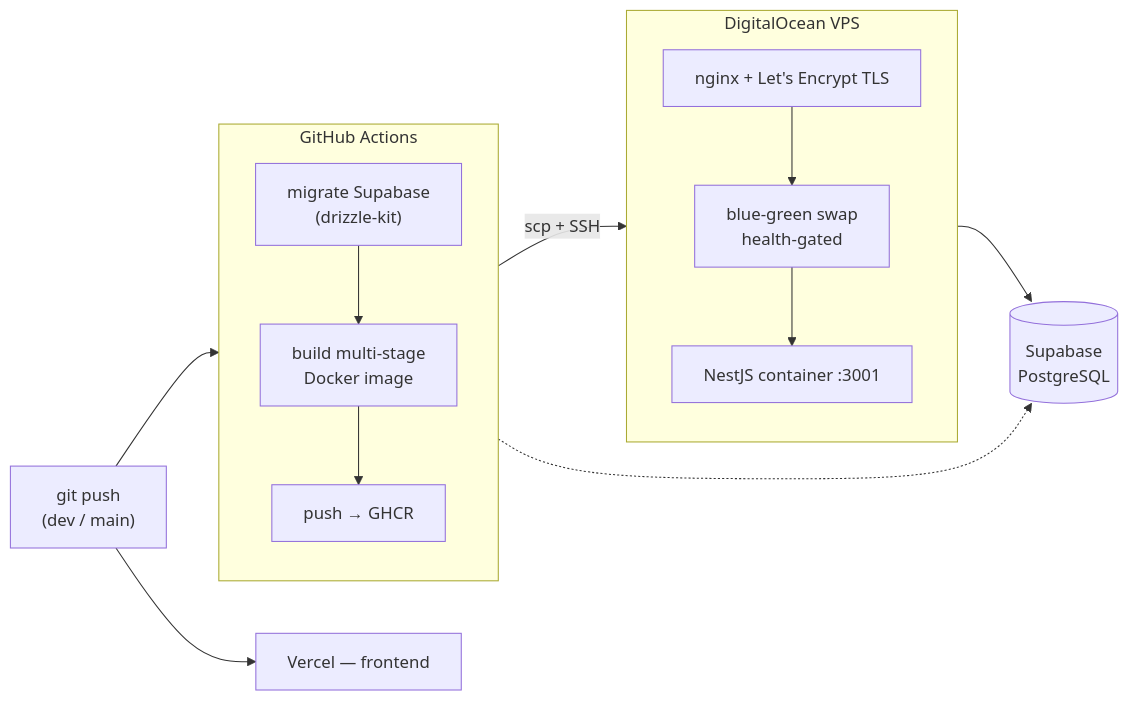
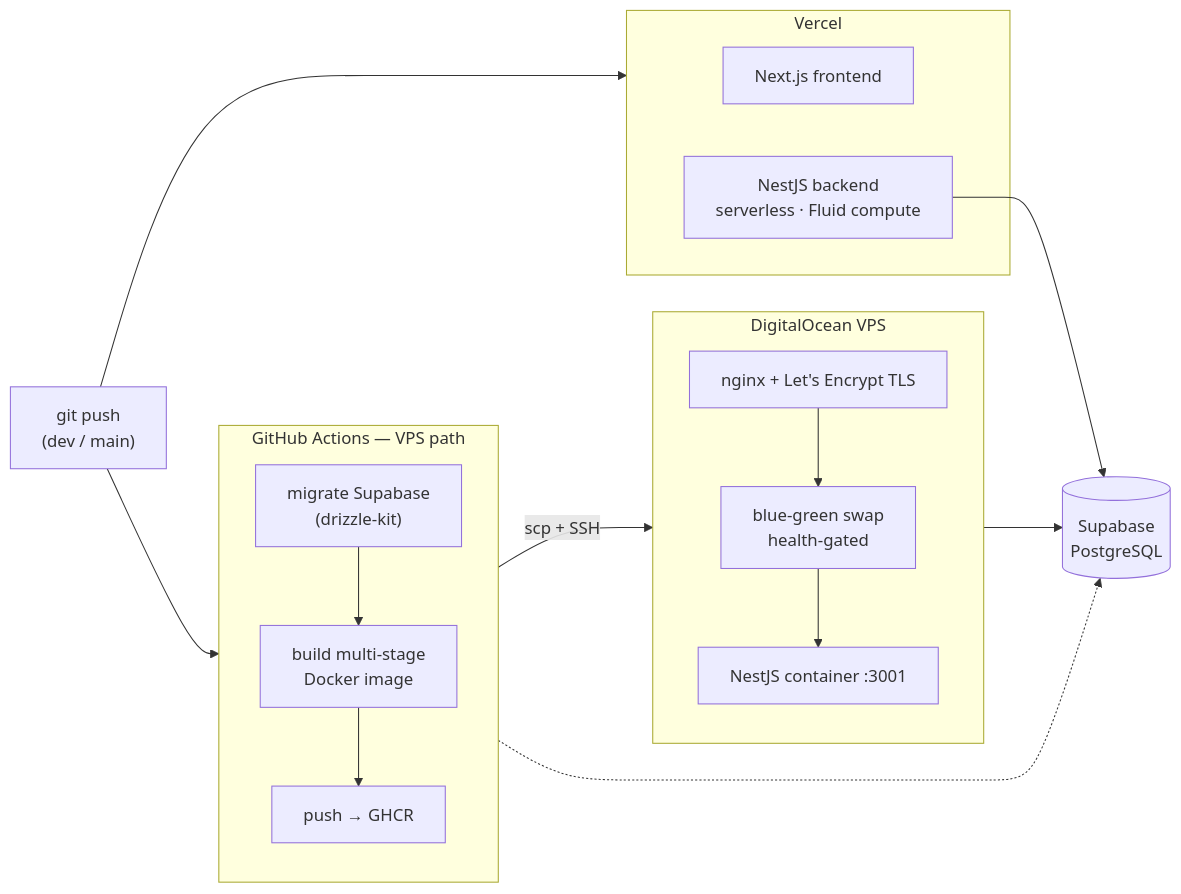
The fourth of 5 diagrams in README.md (hemants1703/AmbitiousYou), drawn with Mermaid before and after one commit. The commit also changed other lines of this file and 9 other files, not shown here.

First line of the commit message:
Enable dual-deploy backend: Vercel serverless now, VPS Docker unchanged

````diff
--- a/README.md
+++ b/README.md
@@ -248,29 +250,34 @@
 ```mermaid
 flowchart LR
     PUSH["git push<br/>(dev / main)"]
 
-    subgraph GHA["GitHub Actions"]
+    subgraph VERCEL["Vercel"]
+        FE["Next.js frontend"]
+        BE_SLS["NestJS backend<br/>serverless · Fluid compute"]
+    end
+
+    subgraph GHA["GitHub Actions — VPS path"]
         direction TB
         MIG["migrate Supabase<br/>(drizzle-kit)"]
         BUILD["build multi-stage<br/>Docker image"]
         GHCR["push → GHCR"]
         MIG --> BUILD --> GHCR
     end
 
     subgraph VPS["DigitalOcean VPS"]
         direction TB
         NGINX["nginx + Let's Encrypt TLS"]
         SWAP["blue-green swap<br/>health-gated"]
         CTR["NestJS container :3001"]
         NGINX --> SWAP --> CTR
     end
 
-    VERCEL["Vercel — frontend"]
     SUPA[("Supabase<br/>PostgreSQL")]
 
+    PUSH --> VERCEL
     PUSH --> GHA
-    PUSH --> VERCEL
     GHCR -->|"scp + SSH"| NGINX
     CTR --> SUPA
+    BE_SLS --> SUPA
     MIG -.-> SUPA
 ```
````
